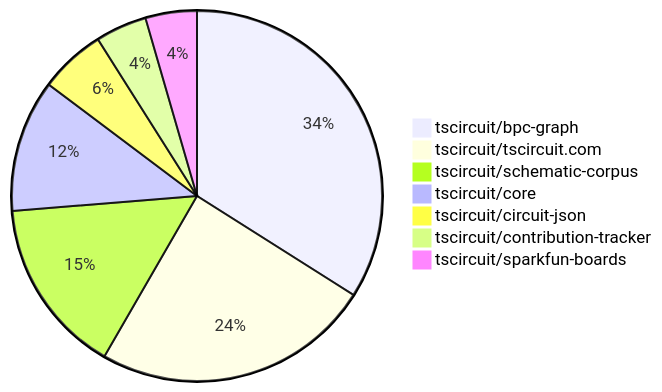
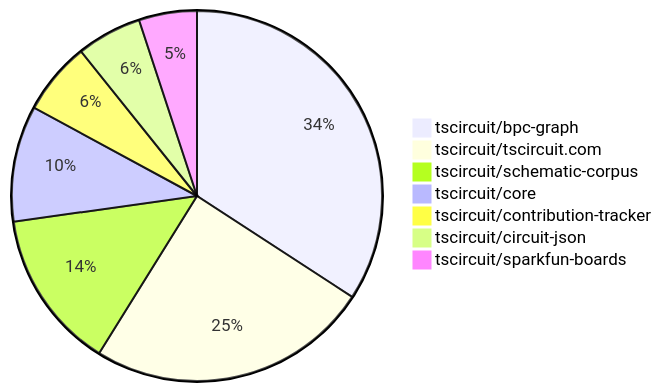
One commit to tscircuit/contribution-tracker changed the second of 2 diagrams in README.md. Above: the diagram before and after it, drawn with Mermaid. The commit also changed other lines of this file and 3 other files, not shown here.

````diff
--- a/README.md
+++ b/README.md
@@ -102,10 +104,10 @@
 ```mermaid
 pie
-    "tscircuit/bpc-graph" : 53
-    "tscircuit/tscircuit.com" : 38
-    "tscircuit/schematic-corpus" : 24
-    "tscircuit/core" : 18
+    "tscircuit/bpc-graph" : 54
+    "tscircuit/tscircuit.com" : 39
+    "tscircuit/schematic-corpus" : 22
+    "tscircuit/core" : 16
+    "tscircuit/contribution-tracker" : 10
     "tscircuit/circuit-json" : 9
-    "tscircuit/contribution-tracker" : 7
-    "tscircuit/sparkfun-boards" : 7
+    "tscircuit/sparkfun-boards" : 8
 ```
````
